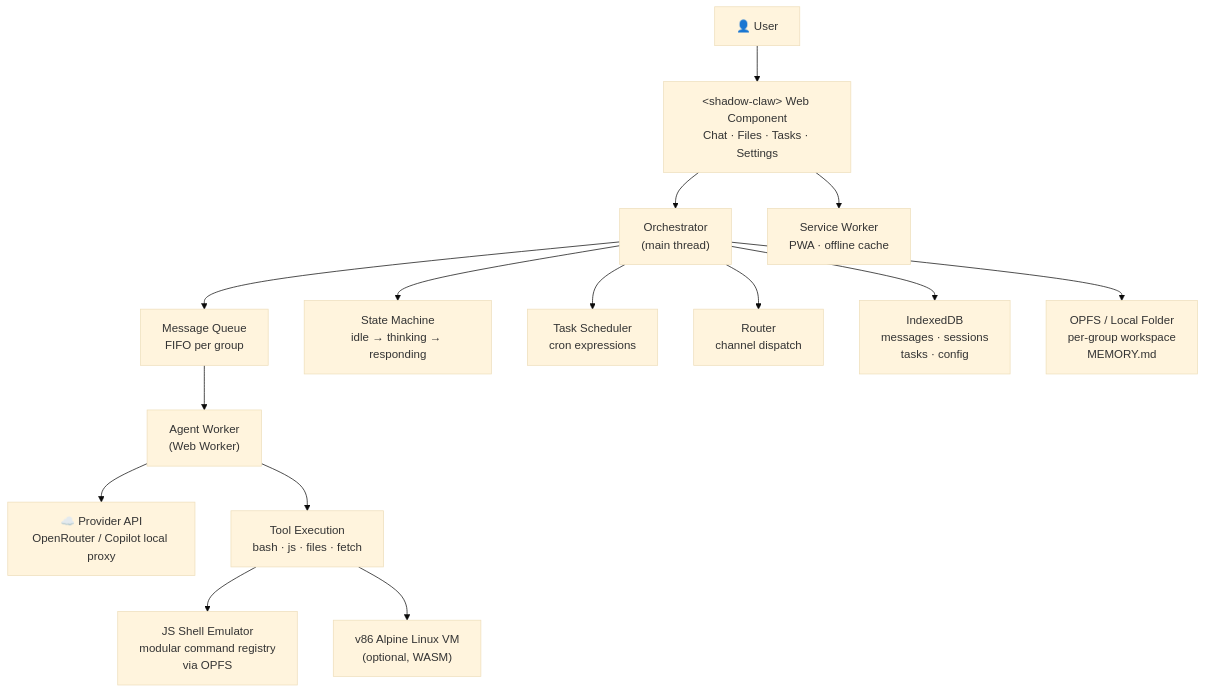
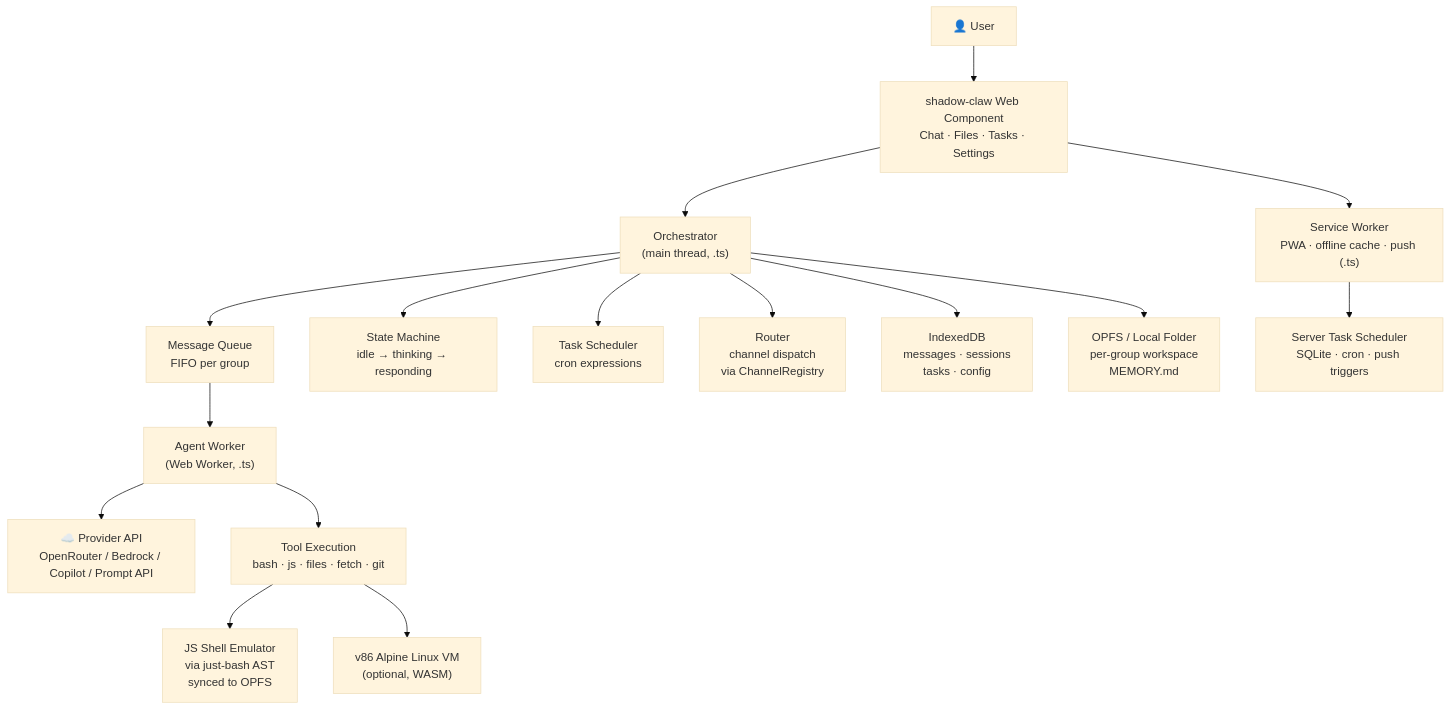
Before and after one commit to xt-ml/shadow-claw: the first of 3 diagrams in README.md, drawn with Mermaid (base theme). The commit also changed other lines of this file and 811 other files, not shown here.

````diff
--- a/README.md
+++ b/README.md
@@ -23,17 +86,18 @@
 ```mermaid
 graph TD
-  User["👤 User"] --> UI["&lt;shadow-claw&gt; Web Component<br>Chat · Files · Tasks · Settings"]
-    UI --> Orchestrator["Orchestrator<br>(main thread)"]
-    Orchestrator --> MessageQueue["Message Queue<br>FIFO per group"]
+  User["👤 User"] --> UI["shadow-claw Web Component<br>Chat · Files · Tasks · Settings"]
+  UI --> Orchestrator["Orchestrator<br>(main thread, .ts)"]
+  Orchestrator --> MessageQueue["Message Queue<br>FIFO per group"]
   Orchestrator --> StateFSM["State Machine<br>idle → thinking → responding"]
   Orchestrator --> TaskScheduler["Task Scheduler<br>cron expressions"]
-  Orchestrator --> Router["Router<br>channel dispatch"]
-    MessageQueue --> Worker["Agent Worker<br>(Web Worker)"]
-  Worker --> OpenRouter["☁️ Provider API<br>OpenRouter / Copilot local proxy"]
-  Worker --> ToolExec["Tool Execution<br>bash · js · files · fetch"]
-  ToolExec --> JSShell["JS Shell Emulator<br>modular command registry<br>via OPFS"]
+  Orchestrator --> Router["Router<br>channel dispatch<br>via ChannelRegistry"]
+  MessageQueue --> Worker["Agent Worker<br>(Web Worker, .ts)"]
+  Worker --> OpenRouter["☁️ Provider API<br>OpenRouter / Bedrock / Copilot / Prompt API"]
+  Worker --> ToolExec["Tool Execution<br>bash · js · files · fetch · git"]
+  ToolExec --> JSShell["JS Shell Emulator<br>via just-bash AST<br>synced to OPFS"]
   ToolExec --> WebVM["v86 Alpine Linux VM<br>(optional, WASM)"]
-    Orchestrator --> IndexedDB["IndexedDB<br>messages · sessions<br>tasks · config"]
+  Orchestrator --> IndexedDB["IndexedDB<br>messages · sessions<br>tasks · config"]
   Orchestrator --> OPFS["OPFS / Local Folder<br>per-group workspace<br>MEMORY.md"]
-    UI --> ServiceWorker["Service Worker<br>PWA · offline cache"]
+  UI --> ServiceWorker["Service Worker<br>PWA · offline cache · push (.ts)"]
+  ServiceWorker --> ServerScheduler["Server Task Scheduler<br>SQLite · cron · push triggers"]
 ```
````
